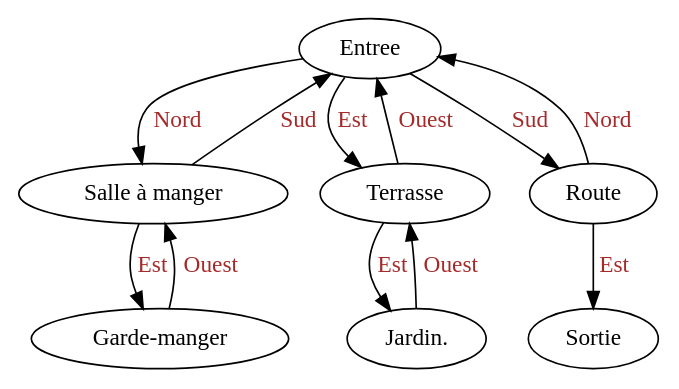
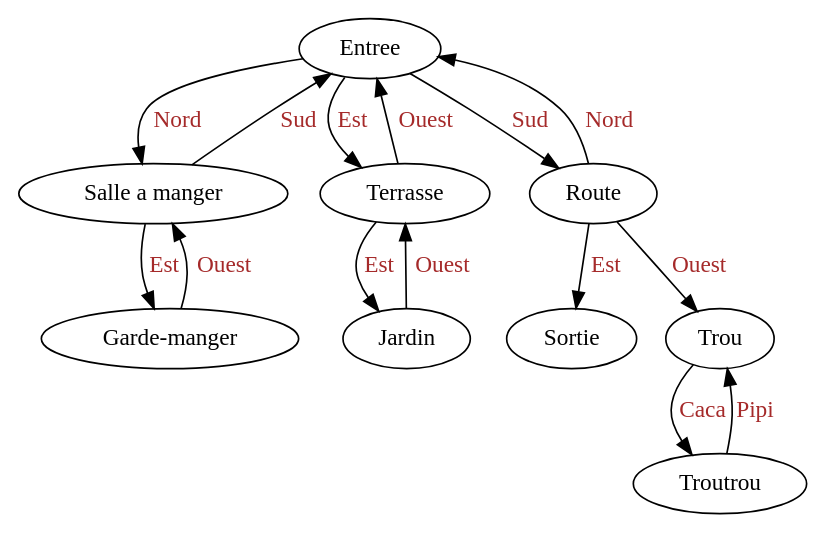
Before and after one commit to JESAISaps/KnotsAndStrings: the diagram in dot.dot, drawn with Graphviz. The commit also changed 5 other files, not shown here.

```diff
--- a/dot.dot
+++ b/dot.dot
@@ -1,13 +1,16 @@
 digraph g{ 
-"Entree" -> "Salle à manger" [label = "Nord"] [fontcolor=brown]
+"Entree" -> "Salle a manger" [label = "Nord"] [fontcolor=brown]
 "Entree" -> "Terrasse" [label = "Est"] [fontcolor=brown]
 "Entree" -> "Route" [label = "Sud"] [fontcolor=brown]
-"Salle à manger" -> "Entree" [label = "Sud"] [fontcolor=brown]
-"Salle à manger" -> "Garde-manger" [label = "Est"] [fontcolor=brown]
-"Terrasse" -> "Jardin." [label = "Est"] [fontcolor=brown]
+"Salle a manger" -> "Entree" [label = "Sud"] [fontcolor=brown]
+"Salle a manger" -> "Garde-manger" [label = "Est"] [fontcolor=brown]
+"Terrasse" -> "Jardin" [label = "Est"] [fontcolor=brown]
 "Terrasse" -> "Entree" [label = "Ouest"] [fontcolor=brown]
 "Route" -> "Entree" [label = "Nord"] [fontcolor=brown]
 "Route" -> "Sortie" [label = "Est"] [fontcolor=brown]
-"Garde-manger" -> "Salle à manger" [label = "Ouest"] [fontcolor=brown]
-"Jardin." -> "Terrasse" [label = "Ouest"] [fontcolor=brown]
+"Route" -> "Trou" [label = "Ouest"] [fontcolor=brown]
+"Garde-manger" -> "Salle a manger" [label = "Ouest"] [fontcolor=brown]
+"Jardin" -> "Terrasse" [label = "Ouest"] [fontcolor=brown]
+"Trou" -> "Troutrou" [label = "Caca"] [fontcolor=brown]
+"Troutrou" -> "Trou" [label = "Pipi"] [fontcolor=brown]
 }
```
